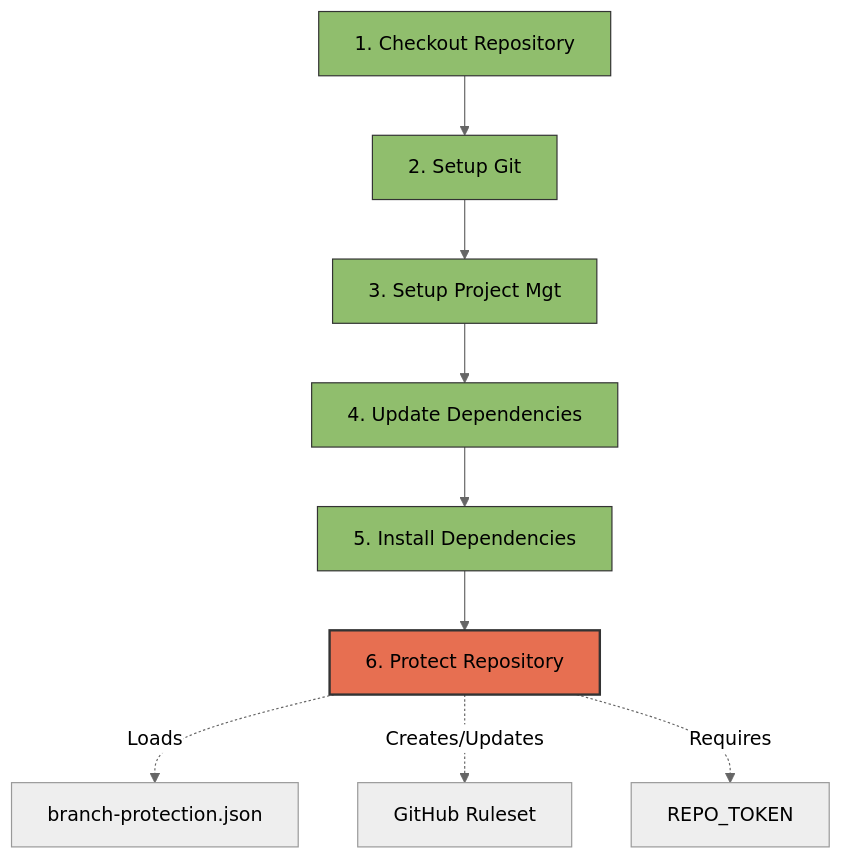
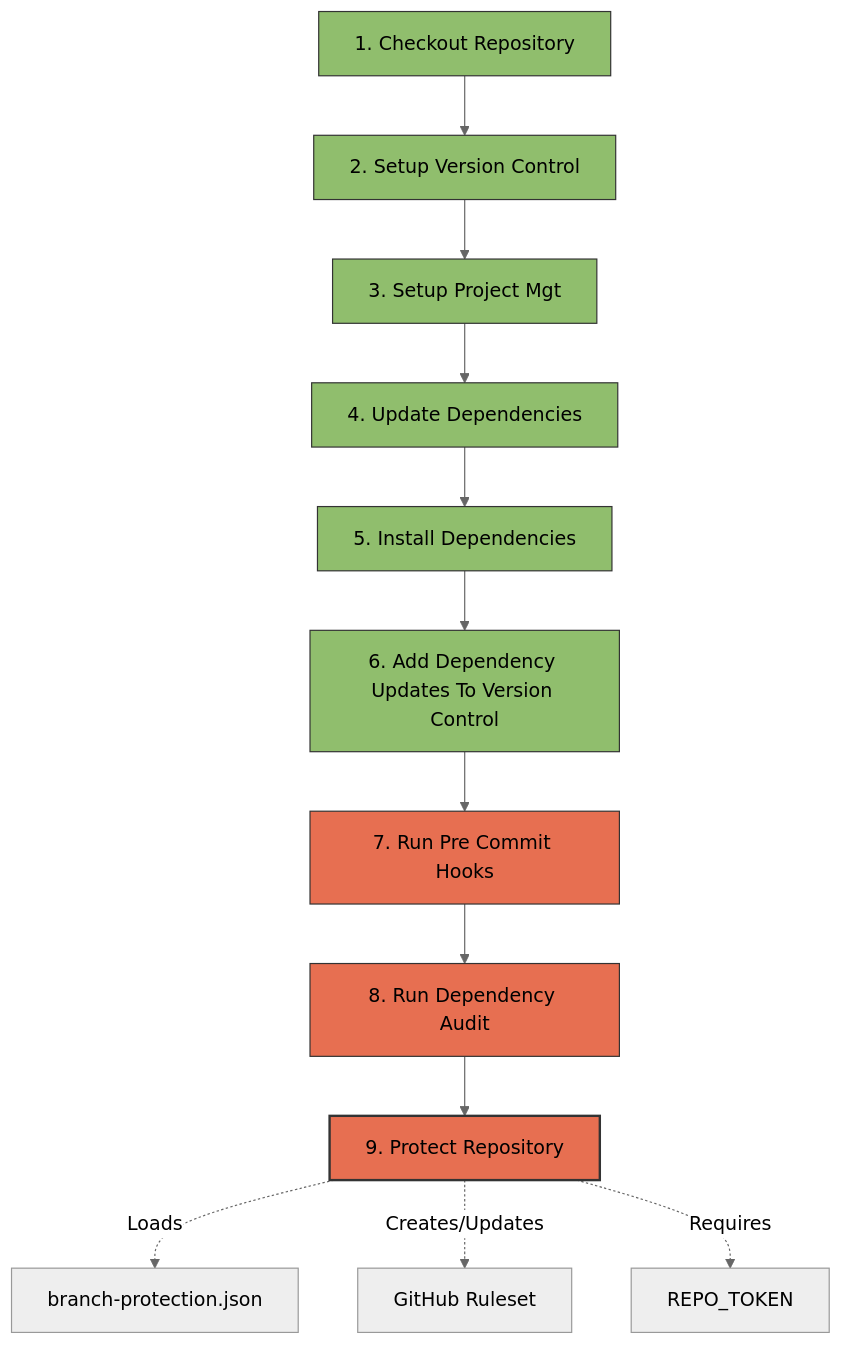
One commit to Winipedia/pyrig changed the second of 3 diagrams in docs/configs/workflows/health_check.md. Above: the diagram before and after it, drawn with Mermaid (neutral theme). The commit also changed other lines of this file and 15 other files, not shown here.

````diff
--- a/docs/configs/workflows/health_check.md
+++ b/docs/configs/workflows/health_check.md
@@ -83,19 +82,25 @@
 ```mermaid
 graph TD
-    P1[1. Checkout Repository] --> P2[2. Setup Git]
+    P1[1. Checkout Repository] --> P2[2. Setup Version Control]
     P2 --> P3[3. Setup Project Mgt]
     P3 --> P4[4. Update Dependencies]
     P4 --> P5[5. Install Dependencies]
-    P5 --> P6[6. Protect Repository]
+    P5 --> P6[6. Add Dependency Updates To Version Control]
+    P6 --> P7[7. Run Pre Commit Hooks]
+    P7 --> P8[8. Run Dependency Audit]
+    P8 --> P9[9. Protect Repository]
 
-	    P6 -.->|Loads| P6A[branch-protection.json]
-	    P6 -.->|Creates/Updates| P6B[GitHub Ruleset]
-	    P6 -.->|Requires| P6C[REPO_TOKEN]
+	    P9 -.->|Loads| P9A[branch-protection.json]
+	    P9 -.->|Creates/Updates| P9B[GitHub Ruleset]
+	    P9 -.->|Requires| P9C[REPO_TOKEN]
 
     style P1 fill:#90be6d,stroke:#333,stroke-width:1px,color:#000
     style P2 fill:#90be6d,stroke:#333,stroke-width:1px,color:#000
     style P3 fill:#90be6d,stroke:#333,stroke-width:1px,color:#000
     style P4 fill:#90be6d,stroke:#333,stroke-width:1px,color:#000
     style P5 fill:#90be6d,stroke:#333,stroke-width:1px,color:#000
-    style P6 fill:#e76f51,stroke:#333,stroke-width:2px,color:#000
+    style P6 fill:#90be6d,stroke:#333,stroke-width:1px,color:#000
+    style P7 fill:#e76f51,stroke:#333,stroke-width:1px,color:#000
+    style P8 fill:#e76f51,stroke:#333,stroke-width:1px,color:#000
+    style P9 fill:#e76f51,stroke:#333,stroke-width:2px,color:#000
 ```
````
